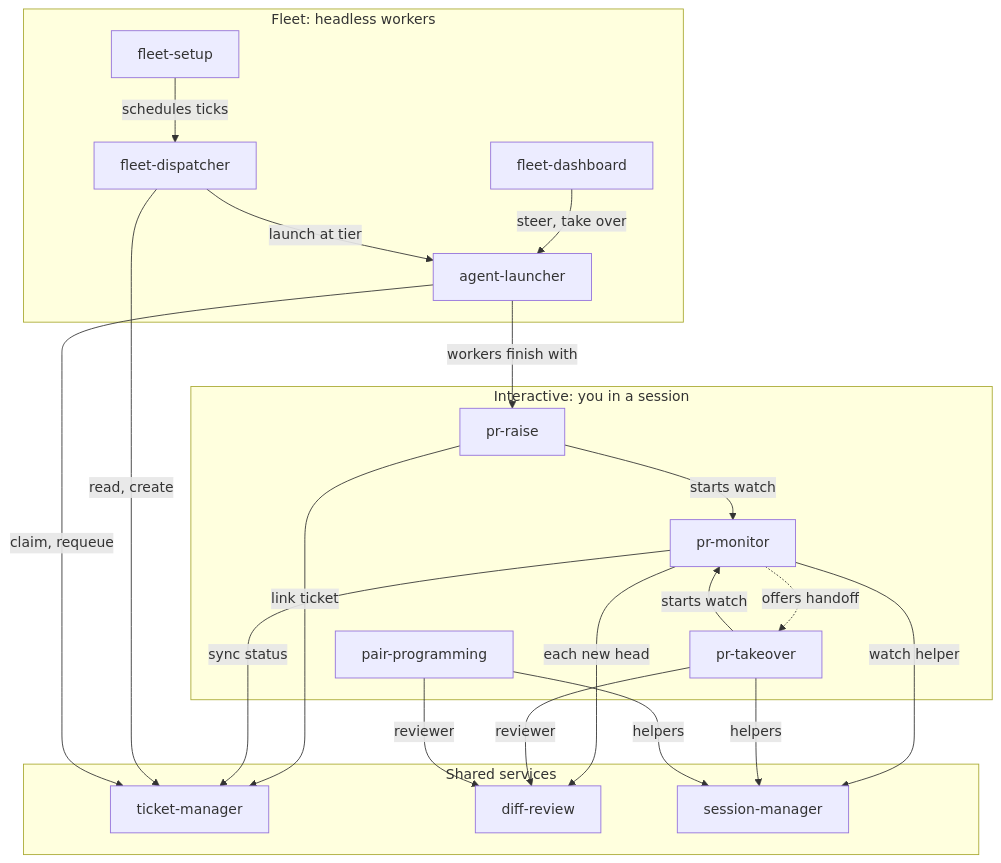
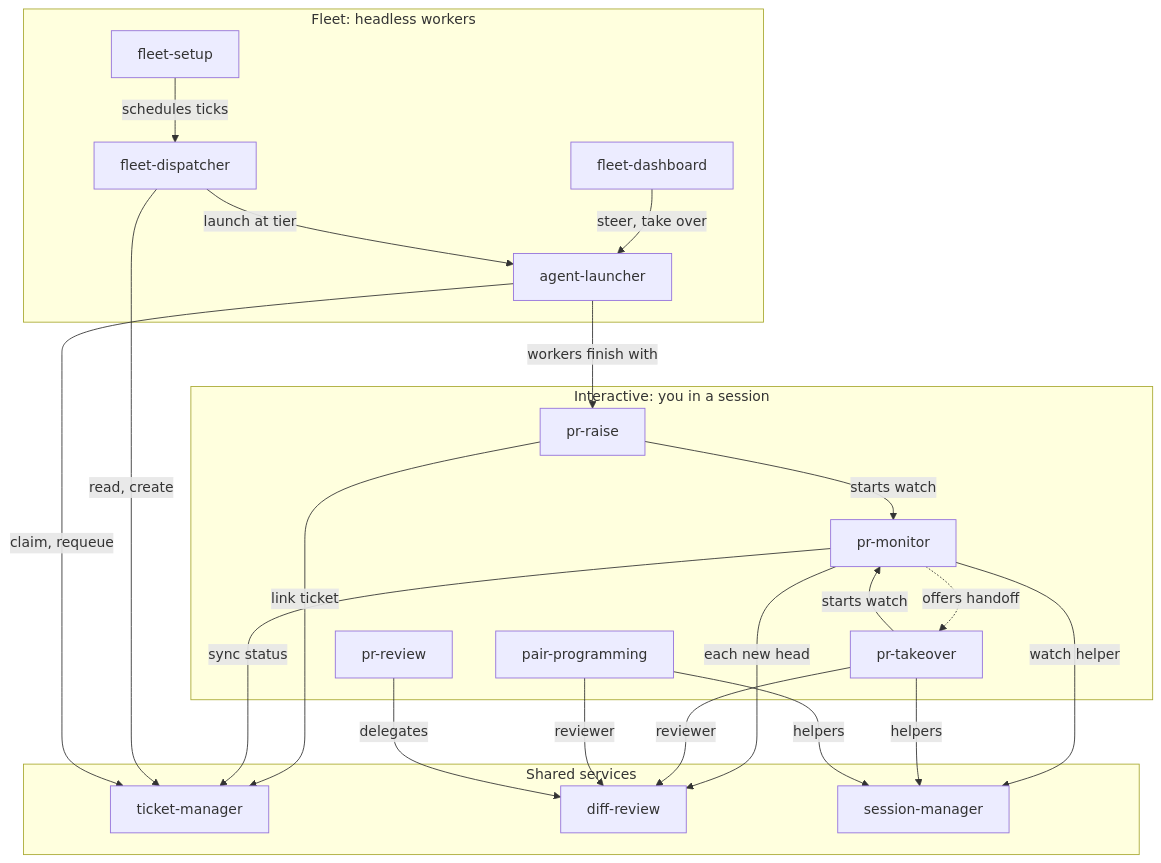
The diagram in README.md (purnachand-jaddu/ai-skills), drawn with Mermaid before and after one commit. The commit also changed 2 other files, not shown here.

Commit message:
feat(pr-review): add a pr- name for reviews that hands off to diff-review
The pr- skills cover raising, taking over and monitoring; reviewing a PR had
no skill under that name. pr-review passes the PR/MR to diff-review as its
target and adds nothing else, so the review rules stay in one place.

````diff
--- a/README.md
+++ b/README.md
@@ -10,39 +10,41 @@
 ```mermaid
 flowchart TD
   subgraph interactive["Interactive: you in a session"]
     raise[pr-raise]
     takeover[pr-takeover]
     pair[pair-programming]
     monitor[pr-monitor]
+    prreview[pr-review]
   end
   subgraph fleet["Fleet: headless workers"]
     setup[fleet-setup]
     dashboard[fleet-dashboard]
     dispatcher[fleet-dispatcher]
     launcher[agent-launcher]
   end
   subgraph services["Shared services"]
     tickets[ticket-manager]
     review[diff-review]
     sessions[session-manager]
   end
 
   raise -->|starts watch| monitor
   takeover -->|starts watch| monitor
   monitor -.->|offers handoff| takeover
   raise -->|link ticket| tickets
   monitor -->|sync status| tickets
   monitor -->|each new head| review
   monitor -->|watch helper| sessions
   takeover -->|reviewer| review
   takeover -->|helpers| sessions
   pair -->|reviewer| review
+  prreview -->|delegates| review
   pair -->|helpers| sessions
 
   setup -->|schedules ticks| dispatcher
   dashboard -->|steer, take over| launcher
   dispatcher -->|launch at tier| launcher
   launcher -->|workers finish with| raise
   dispatcher -->|read, create| tickets
   launcher -->|claim, requeue| tickets
 ```
````
